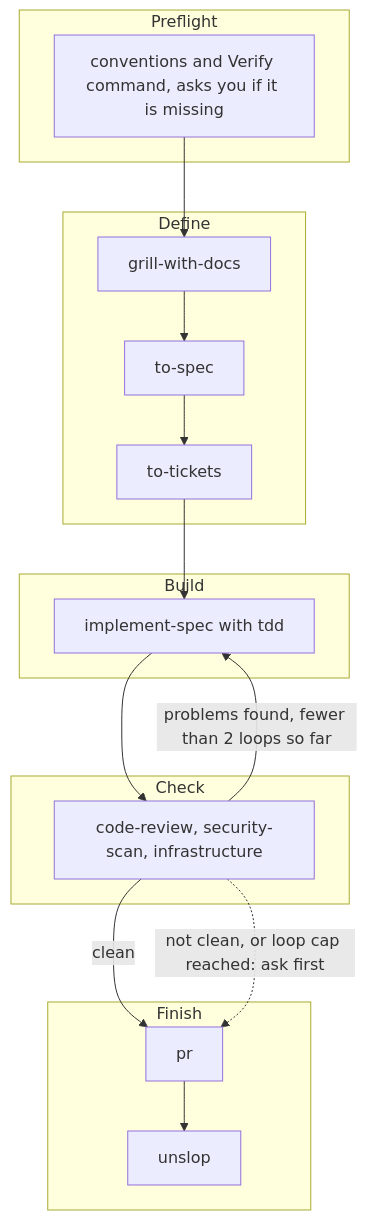
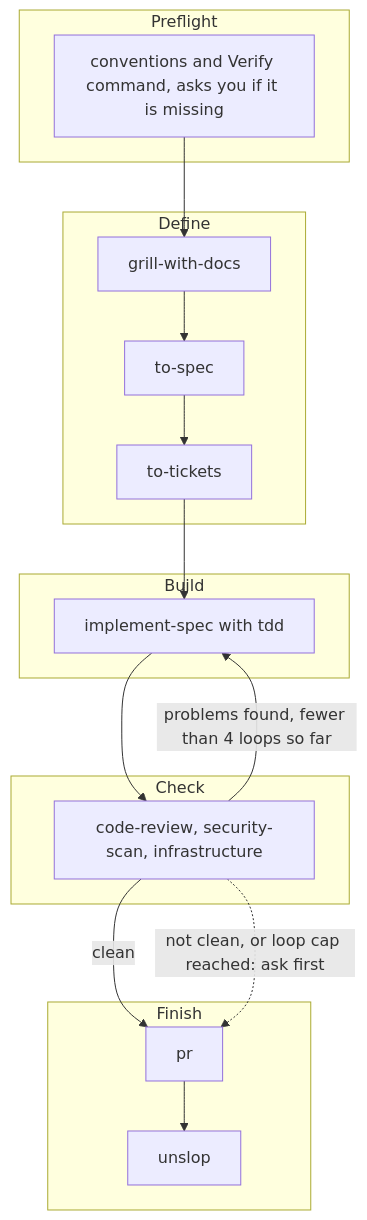
The diagram in README.md (TDSchreur/tds-factory), drawn with Mermaid before and after one commit. The commit also changed other lines of this file and 26 other files, not shown here.

````diff
--- a/README.md
+++ b/README.md
@@ -11,24 +11,24 @@
 ```mermaid
 flowchart TB
     subgraph Preflight
         P[conventions and Verify command, asks you if it is missing]
     end
     subgraph Define
         A[grill-with-docs] --> B[to-spec] --> C[to-tickets]
     end
     subgraph Build
         E[implement-spec with tdd]
     end
     subgraph Check
         F[code-review, security-scan, infrastructure]
     end
     subgraph Finish
         G[pr] --> H[unslop]
     end
 
     P --> A
     C --> E --> F
-    F -->|problems found, fewer than 2 loops so far| E
+    F -->|problems found, fewer than 4 loops so far| E
     F -->|clean| G
     F -.->|not clean, or loop cap reached: ask first| G
 ```
````
